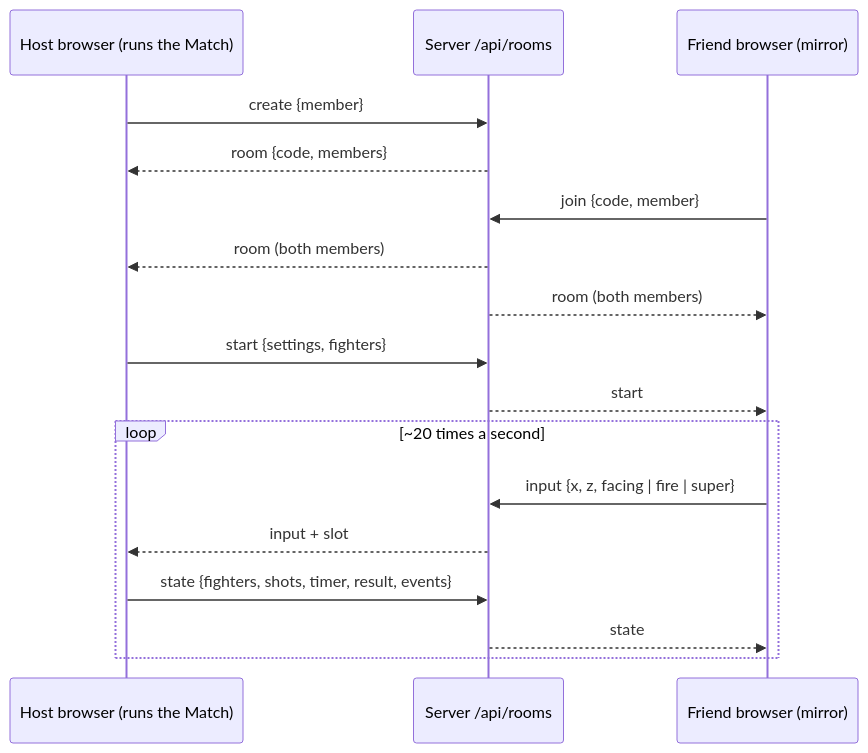
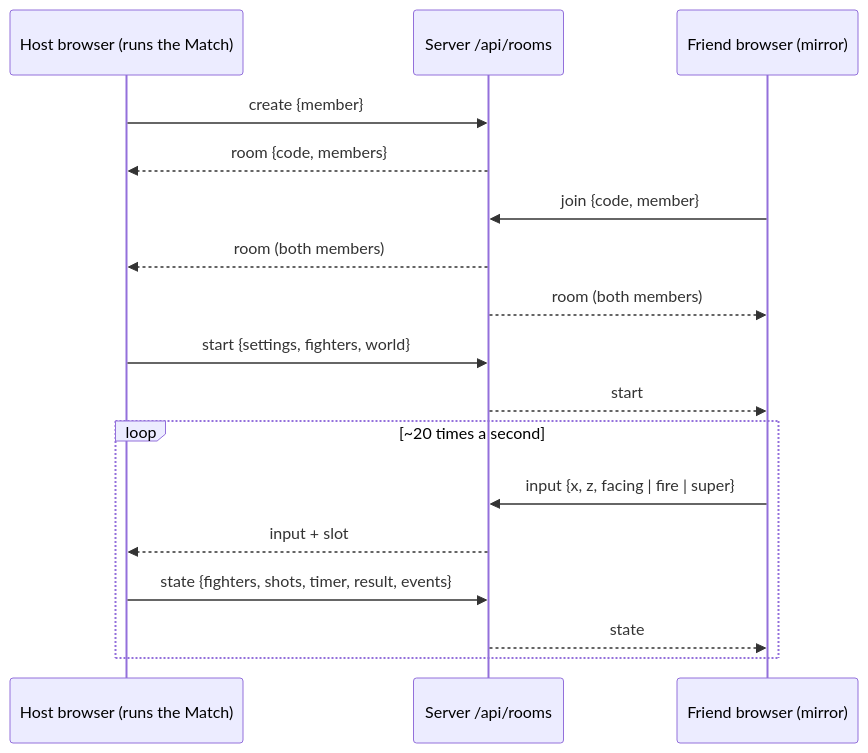
Before and after one commit to martinnordio/hack_star: the second of 2 diagrams in docs/architecture.md, drawn with Mermaid. The commit also changed other lines of this file and 2 other files, not shown here.

````diff
--- a/docs/architecture.md
+++ b/docs/architecture.md
@@ -194,19 +212,19 @@
 ```mermaid
 sequenceDiagram
   participant H as Host browser (runs the Match)
   participant S as Server /api/rooms
   participant F as Friend browser (mirror)
   H->>S: create {member}
   S-->>H: room {code, members}
   F->>S: join {code, member}
   S-->>H: room (both members)
   S-->>F: room (both members)
-  H->>S: start {settings, fighters}
+  H->>S: start {settings, fighters, world}
   S-->>F: start
   loop ~20 times a second
     F->>S: input {x, z, facing | fire | super}
     S-->>H: input + slot
     H->>S: state {fighters, shots, timer, result, events}
     S-->>F: state
   end
 ```
````
